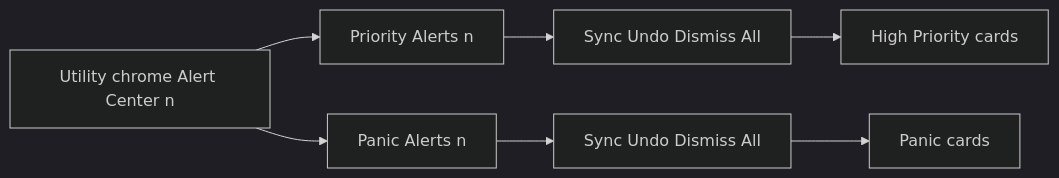
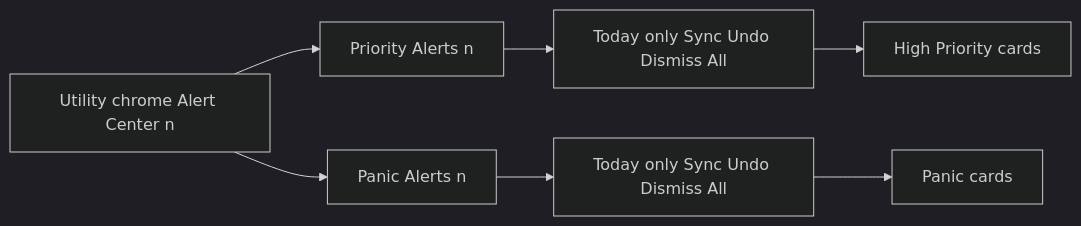
Before and after one commit to SaiChinta/job-alert-component: the second of 3 diagrams in README.md, drawn with Mermaid (dark theme). The commit also changed other lines of this file and 7 other files, not shown here.

````diff
--- a/README.md
+++ b/README.md
@@ -177,17 +178,17 @@
 ```mermaid
 flowchart LR
     Chrome[Utility chrome Alert Center n]
     PriTab[Priority Alerts n]
     PanicTab[Panic Alerts n]
-    PriBar[Sync Undo Dismiss All]
-    PanicBar[Sync Undo Dismiss All]
+    PriBar[Today only Sync Undo Dismiss All]
+    PanicBar[Today only Sync Undo Dismiss All]
     PriCards[High Priority cards]
     PanicCards[Panic cards]
 
     Chrome --> PriTab
     Chrome --> PanicTab
     PriTab --> PriBar
     PriBar --> PriCards
     PanicTab --> PanicBar
     PanicBar --> PanicCards
 ```
````
